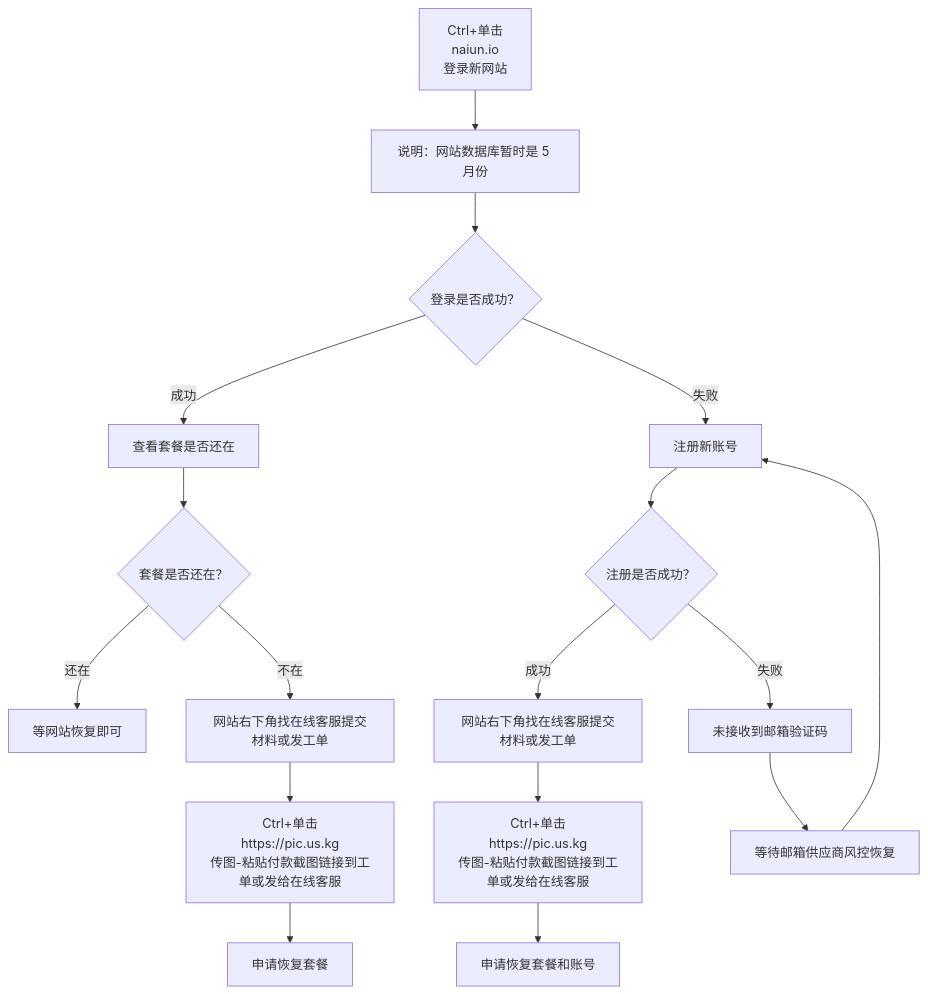
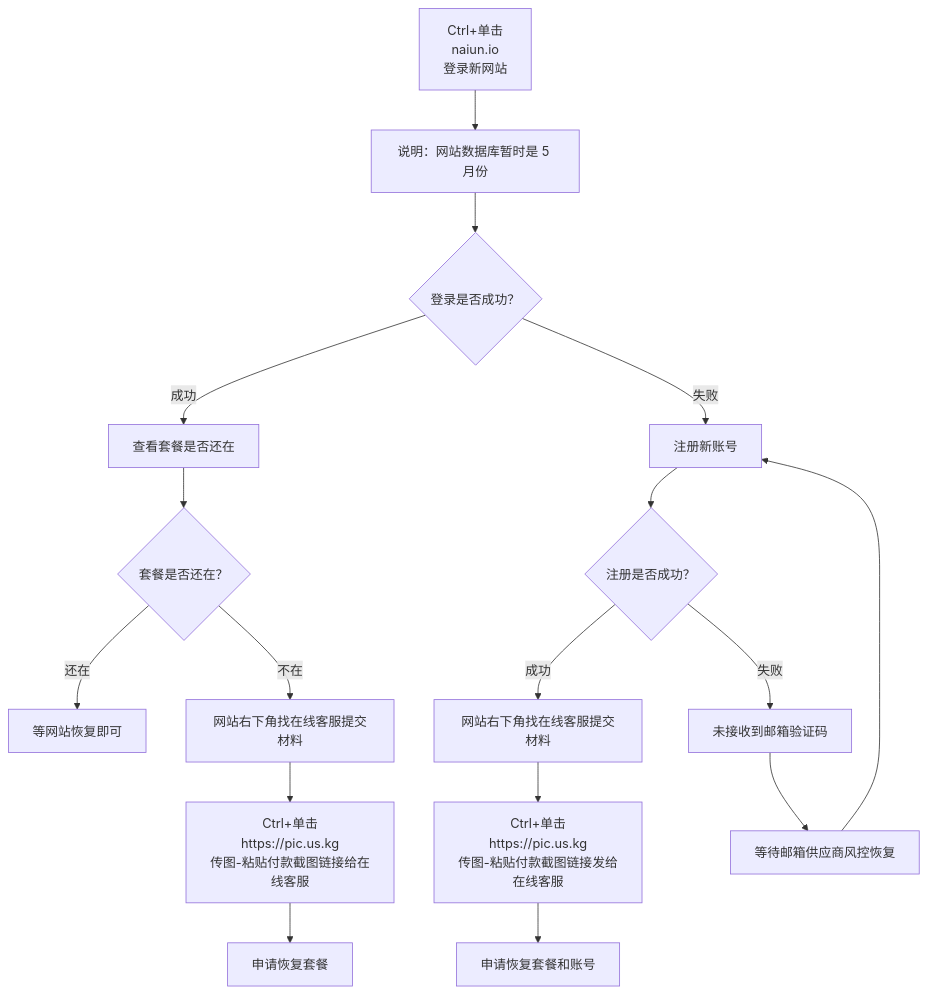
Before and after one commit to jdnei/naiyun: the diagram in README.md, drawn with Mermaid. The commit also changed other lines of this file, not shown here.

````diff
--- a/README.md
+++ b/README.md
@@ -161,29 +177,29 @@
 ```mermaid
 flowchart TD
     A["Ctrl+单击<br/>naiun.io<br/>登录新网站"]
     A --> C[说明：网站数据库暂时是 5 月份]
     C --> D{登录是否成功？}
 
     D -->|成功| E[查看套餐是否还在]
     E --> F{套餐是否还在？}
 
     F -->|还在| G[等网站恢复即可]
-    F -->|不在| H[网站右下角找在线客服提交材料或发工单]
-    H --> I["Ctrl+单击<br/>https://pic.us.kg<br/>传图-粘贴付款截图链接到工单或发给在线客服"]
+    F -->|不在| H[网站右下角找在线客服提交材料]
+    H --> I["Ctrl+单击<br/>https://pic.us.kg<br/>传图-粘贴付款截图链接给在线客服"]
     I --> J[申请恢复套餐]
 
     D -->|失败| K[注册新账号]
     K --> L{注册是否成功？}
 
-    L -->|成功| M[网站右下角找在线客服提交材料或发工单]
-    M --> N["Ctrl+单击<br/>https://pic.us.kg<br/>传图-粘贴付款截图链接到工单或发给在线客服"]
+    L -->|成功| M[网站右下角找在线客服提交材料]
+    M --> N["Ctrl+单击<br/>https://pic.us.kg<br/>传图-粘贴付款截图链接发给在线客服"]
     N --> O[申请恢复套餐和账号]
 
     L -->|失败| P[未接收到邮箱验证码]
     P --> Q[等待邮箱供应商风控恢复]
     Q --> K
 
     click A "https://naiun.io/#/register?code=KacwlzHN" "打开 naiun.io" _blank
     click I "https://pic.us.kg" "打开 pic.us.kg" _blank
     click N "https://pic.us.kg" "打开 pic.us.kg" _blank
 ```
````
